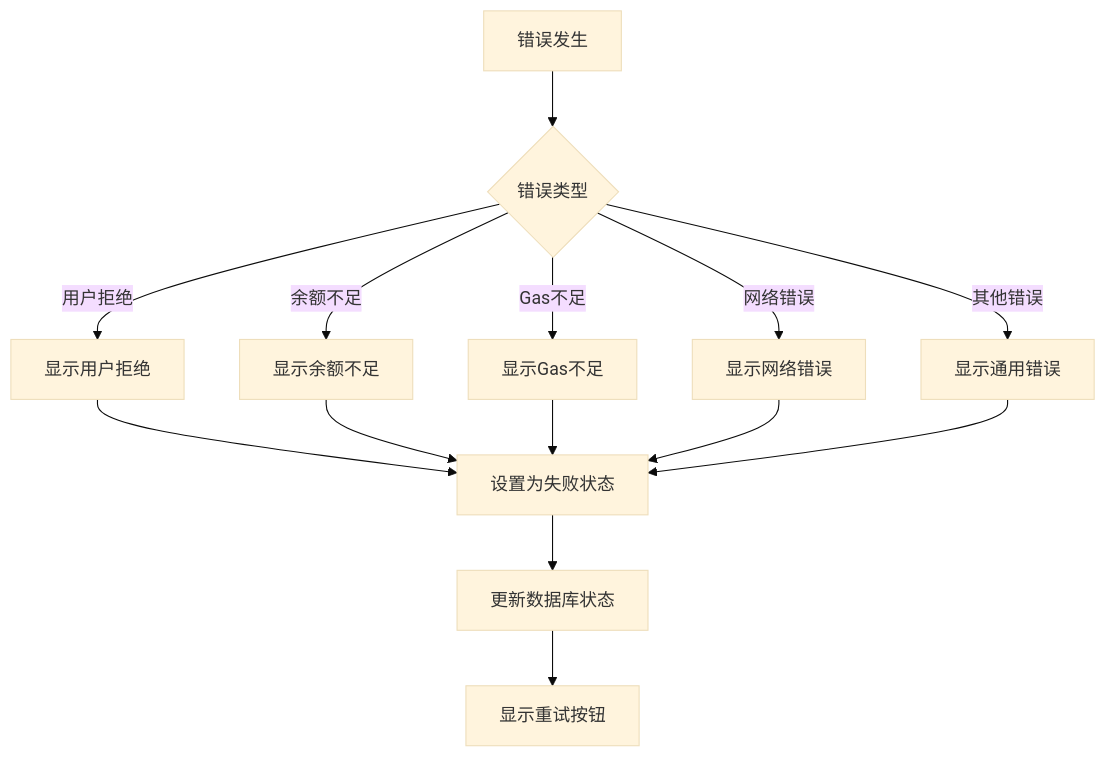
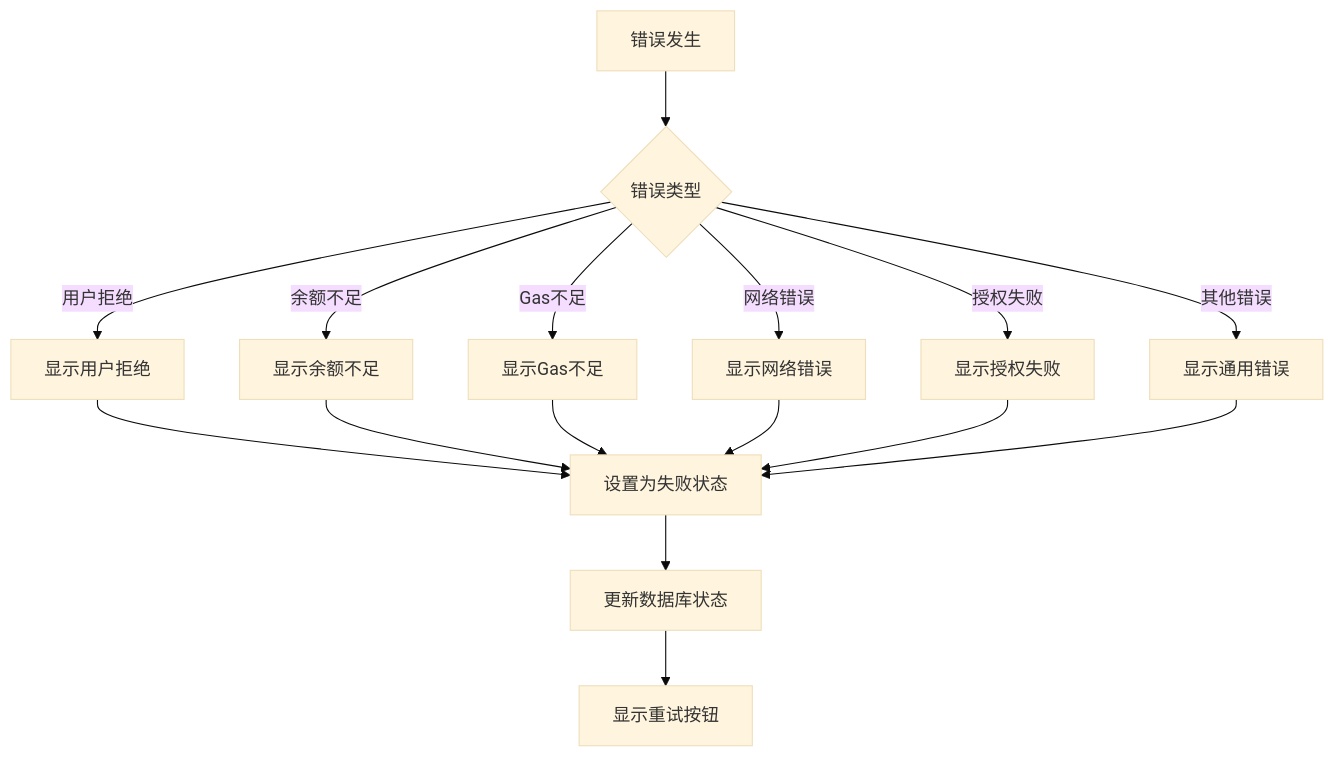
The eighth of 12 diagrams in .qoder/repowiki/zh/content/项目概述/整体架构概览/Web应用程序/TransferCard转账卡片组件.md (CryptoLinxu/Web3-AI-Agent), drawn with Mermaid (base theme) before and after one commit. The commit also changed other lines of this file and 18 other files, not shown here.

````diff
--- a/.qoder/repowiki/zh/content/项目概述/整体架构概览/Web应用程序/TransferCard转账卡片组件.md
+++ b/.qoder/repowiki/zh/content/项目概述/整体架构概览/Web应用程序/TransferCard转账卡片组件.md
@@ -316,16 +343,18 @@
 ```mermaid
 flowchart TD
 ErrorOccur[错误发生] --> CheckType{错误类型}
 CheckType --> |用户拒绝| ShowUserRejected[显示用户拒绝]
 CheckType --> |余额不足| ShowInsufficientFunds[显示余额不足]
 CheckType --> |Gas不足| ShowGasError[显示Gas不足]
 CheckType --> |网络错误| ShowNetworkError[显示网络错误]
+CheckType --> |授权失败| ShowApproveError[显示授权失败]
 CheckType --> |其他错误| ShowGenericError[显示通用错误]
 ShowUserRejected --> SetFailed[设置为失败状态]
 ShowInsufficientFunds --> SetFailed
 ShowGasError --> SetFailed
 ShowNetworkError --> SetFailed
+ShowApproveError --> SetFailed
 ShowGenericError --> SetFailed
 SetFailed --> UpdateDB[更新数据库状态]
 UpdateDB --> ShowRetry[显示重试按钮]
 ```
````
